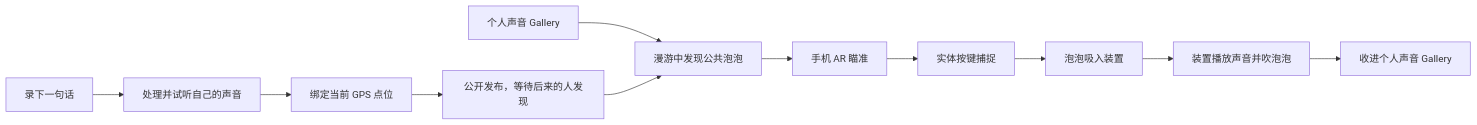
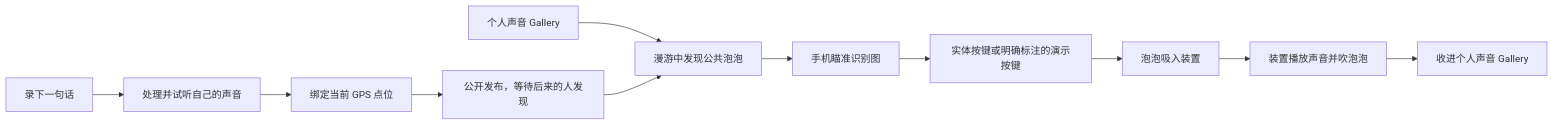
One commit to wongolivia336-a11y/ai-builer-context changed the diagram in README.md. Above: the diagram before and after it, drawn with Mermaid. The commit also changed other lines of this file and 15 other files, not shown here.

````diff
--- a/README.md
+++ b/README.md
@@ -25,13 +25,13 @@
 ```mermaid
 flowchart LR
     A[个人声音 Gallery] --> R[漫游中发现公共泡泡]
-    R --> B[手机 AR 瞄准]
-    B --> C[实体按键捕捉]
+    R --> B[手机瞄准识别图]
+    B --> C[实体按键或明确标注的演示按键]
     C --> D[泡泡吸入装置]
     D --> E[装置播放声音并吹泡泡]
     E --> F[收进个人声音 Gallery]
     G[录下一句话] --> H[处理并试听自己的声音]
     H --> I[绑定当前 GPS 点位]
     I --> J[公开发布，等待后来的人发现]
     J --> R
 ```
````
